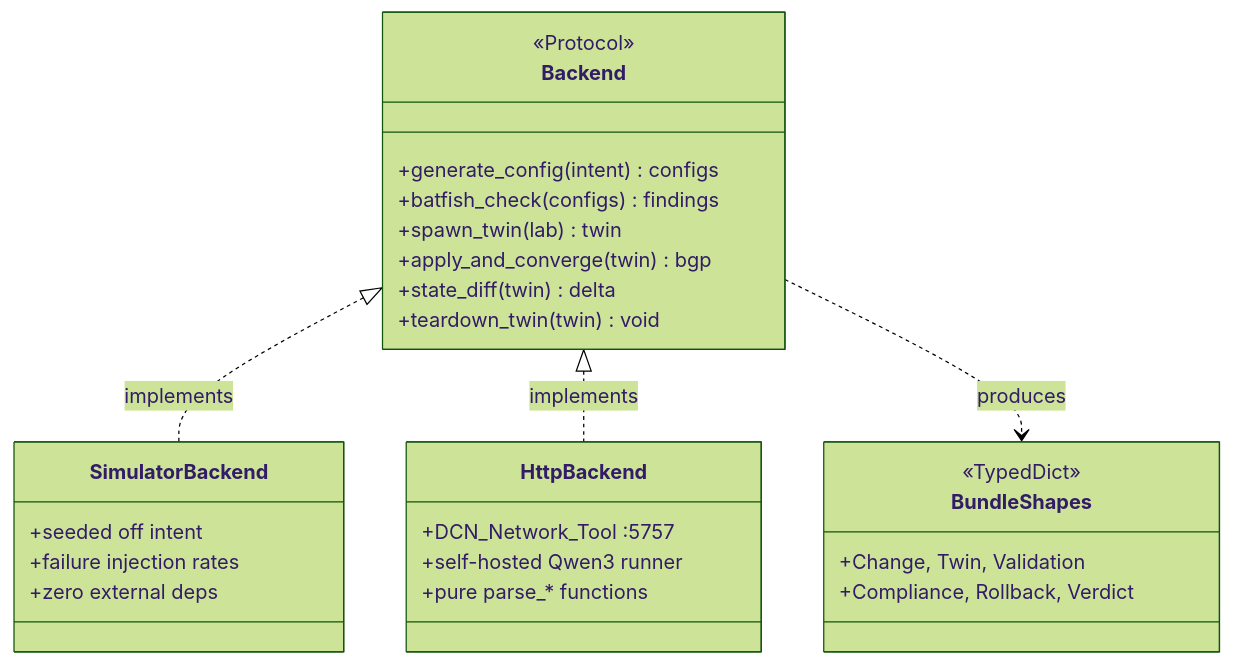
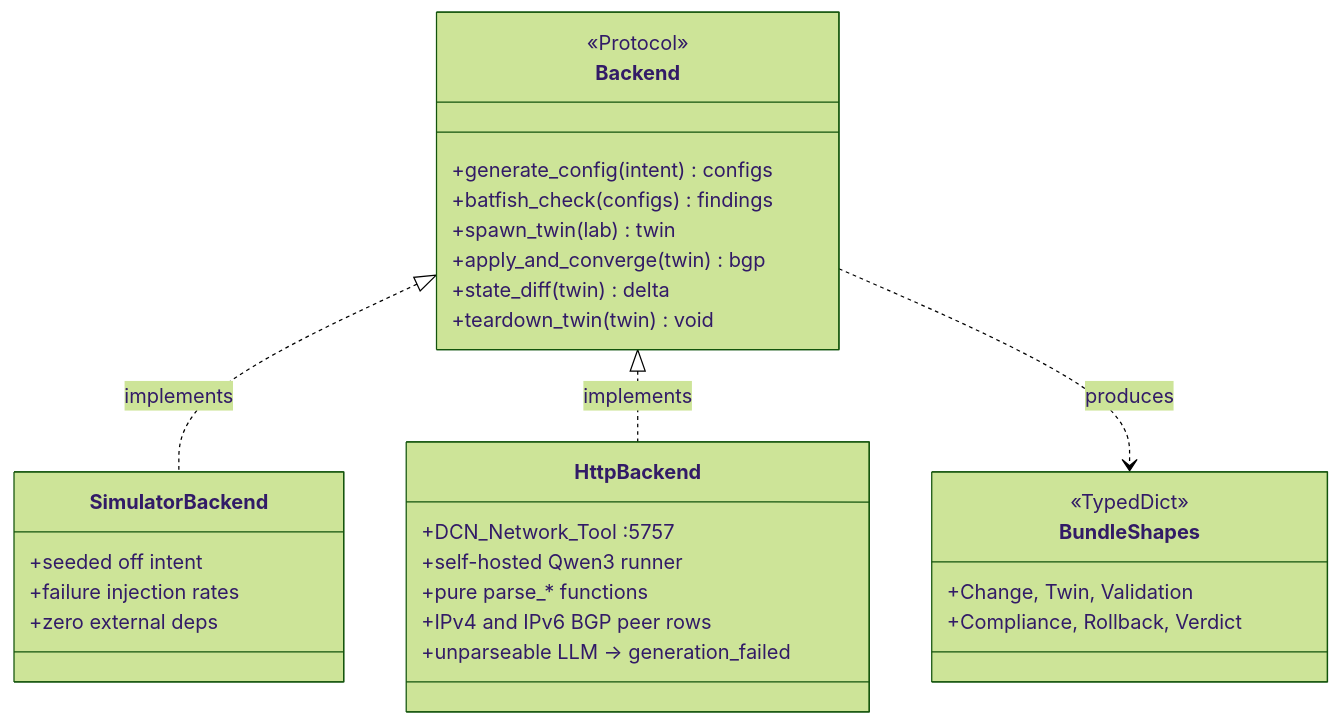
Before and after one commit to gesh75/aegis: the fifth of 6 diagrams in docs/ARCHITECTURE.md, drawn with Mermaid (forest theme). The commit also changed other lines of this file and 6 other files, not shown here.

````diff
--- a/docs/ARCHITECTURE.md
+++ b/docs/ARCHITECTURE.md
@@ -217,30 +250,32 @@
 ```mermaid
 classDiagram
     class Backend {
         <<Protocol>>
         +generate_config(intent) configs
         +batfish_check(configs) findings
         +spawn_twin(lab) twin
         +apply_and_converge(twin) bgp
         +state_diff(twin) delta
         +teardown_twin(twin) void
     }
     class SimulatorBackend {
         +seeded off intent
         +failure injection rates
         +zero external deps
     }
     class HttpBackend {
         +DCN_Network_Tool :5757
         +self-hosted Qwen3 runner
         +pure parse_* functions
+        +IPv4 and IPv6 BGP peer rows
+        +unparseable LLM -> generation_failed
     }
     class BundleShapes {
         <<TypedDict>>
         +Change, Twin, Validation
         +Compliance, Rollback, Verdict
     }
     Backend <|.. SimulatorBackend : implements
     Backend <|.. HttpBackend : implements
     Backend ..> BundleShapes : produces
 ```
````
